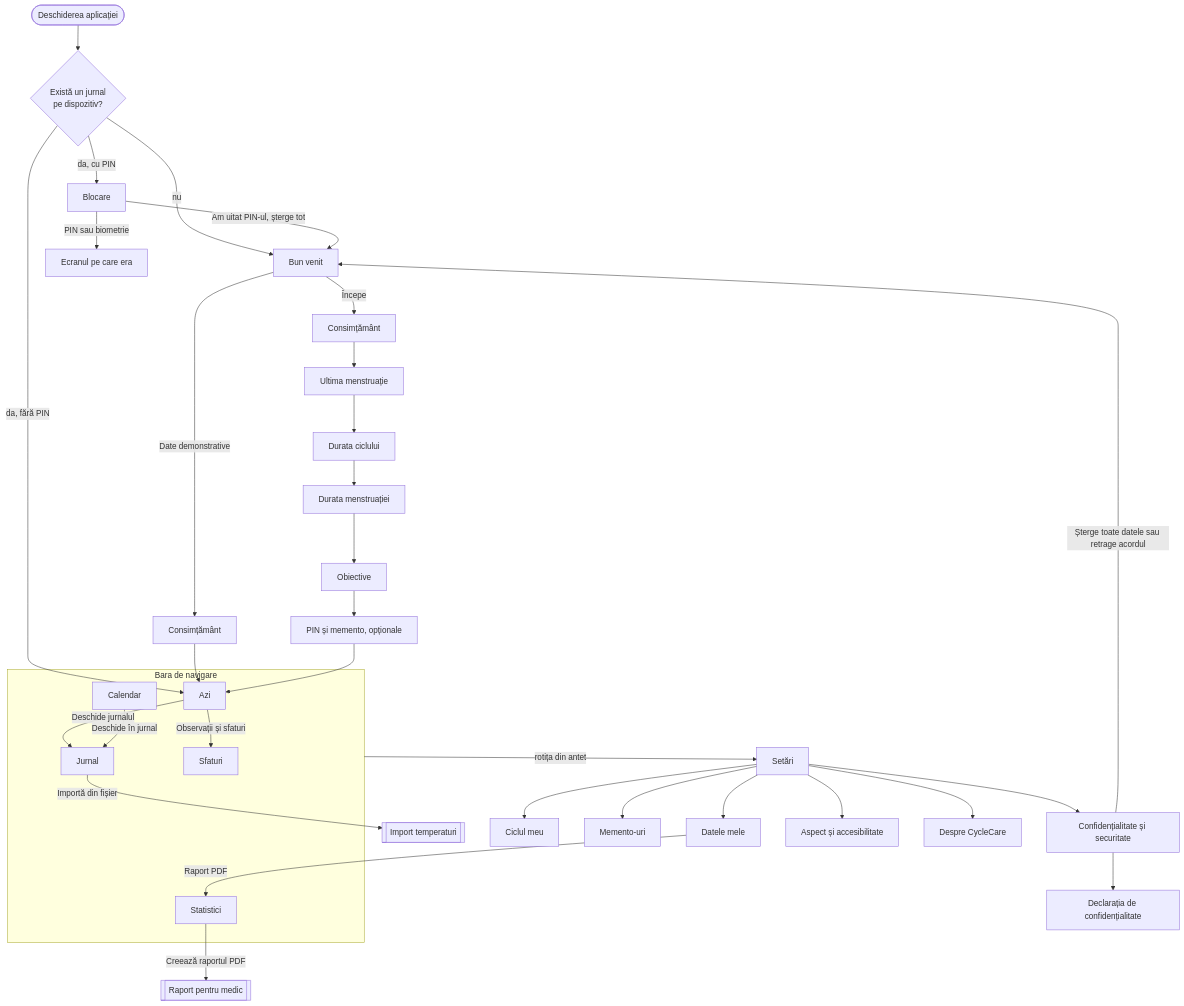
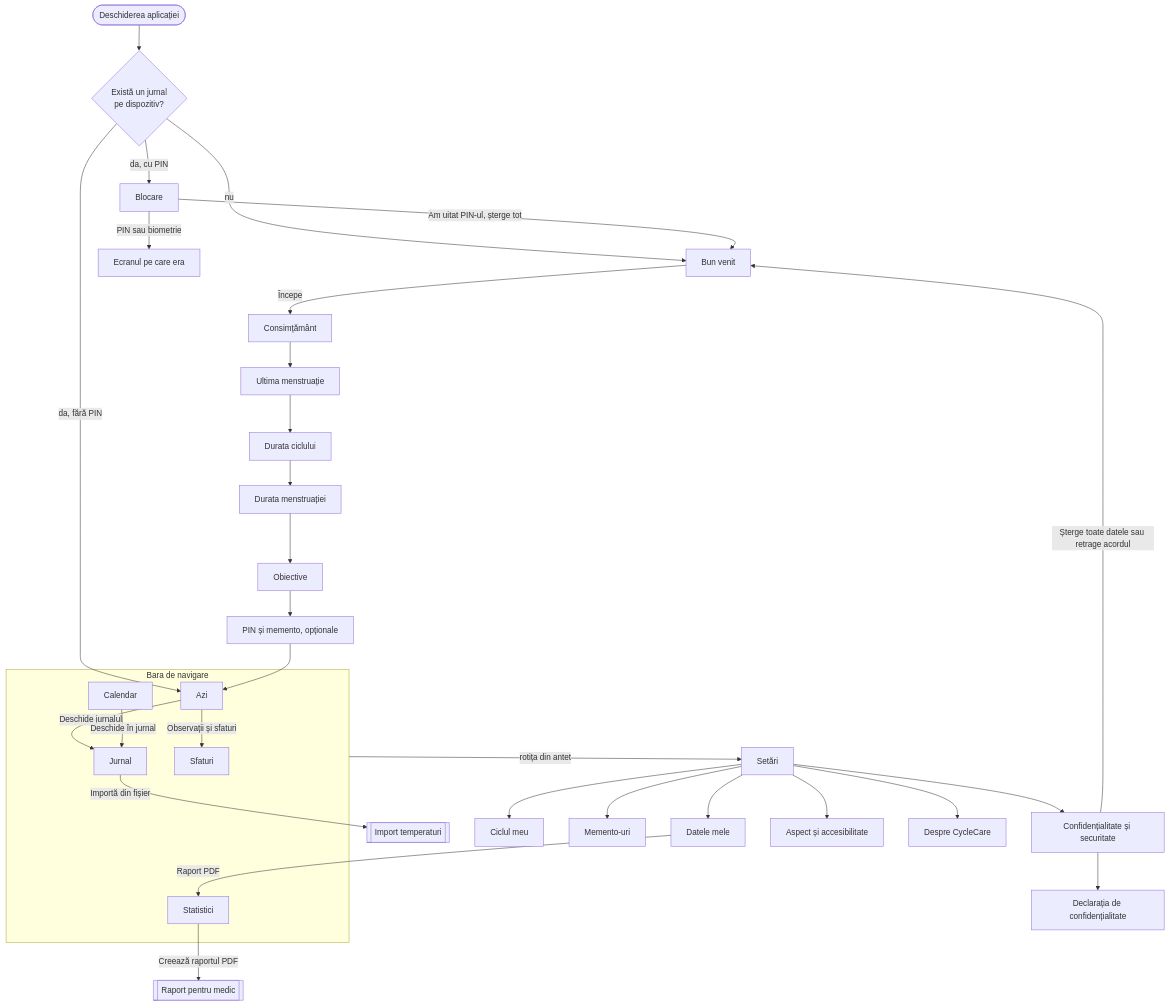
Before and after one commit to GideonNLp/Tutorial: the diagram in cyclecare/docs/01-ecrane-si-navigare.md, drawn with Mermaid. The commit also changed other lines of this file and 25 other files, not shown here.

````diff
--- a/cyclecare/docs/01-ecrane-si-navigare.md
+++ b/cyclecare/docs/01-ecrane-si-navigare.md
@@ -15,44 +16,42 @@
 ```mermaid
 flowchart TD
     start([Deschiderea aplicației]) --> exista{Există un jurnal<br/>pe dispozitiv?}
     exista -- nu --> welcome[Bun venit]
     exista -- da, cu PIN --> lock[Blocare]
     exista -- da, fără PIN --> today
 
     welcome -- Începe --> consent[Consimțământ]
-    welcome -- Date demonstrative --> consentDemo[Consimțământ]
-    consentDemo --> today
     consent --> q1[Ultima menstruație]
     q1 --> q2[Durata ciclului]
     q2 --> q3[Durata menstruației]
     q3 --> q4[Obiective]
     q4 --> fin[PIN și memento, opționale]
     fin --> today
     lock -- PIN sau biometrie --> back[Ecranul pe care era]
     lock -- Am uitat PIN-ul, șterge tot --> welcome
 
     subgraph tabs [Bara de navigare]
         today[Azi]
         cal[Calendar]
         jur[Jurnal]
         tips[Sfaturi]
         stats[Statistici]
     end
 
     today -- Deschide jurnalul --> jur
     today -- Observații și sfaturi --> tips
     cal -- Deschide în jurnal --> jur
     jur -- Importă din fișier --> imp[[Import temperaturi]]
     stats -- Creează raportul PDF --> pdf[[Raport pentru medic]]
 
     tabs -- rotița din antet --> set[Setări]
     set --> s1[Ciclul meu]
     set --> s2[Memento-uri]
     set --> s3[Confidențialitate și securitate]
     set --> s4[Datele mele]
     set --> s5[Aspect și accesibilitate]
     set --> s6[Despre CycleCare]
     s3 --> pol[Declarația de confidențialitate]
     s3 -- Șterge toate datele sau retrage acordul --> welcome
     s4 -- Raport PDF --> stats
 ```
````
